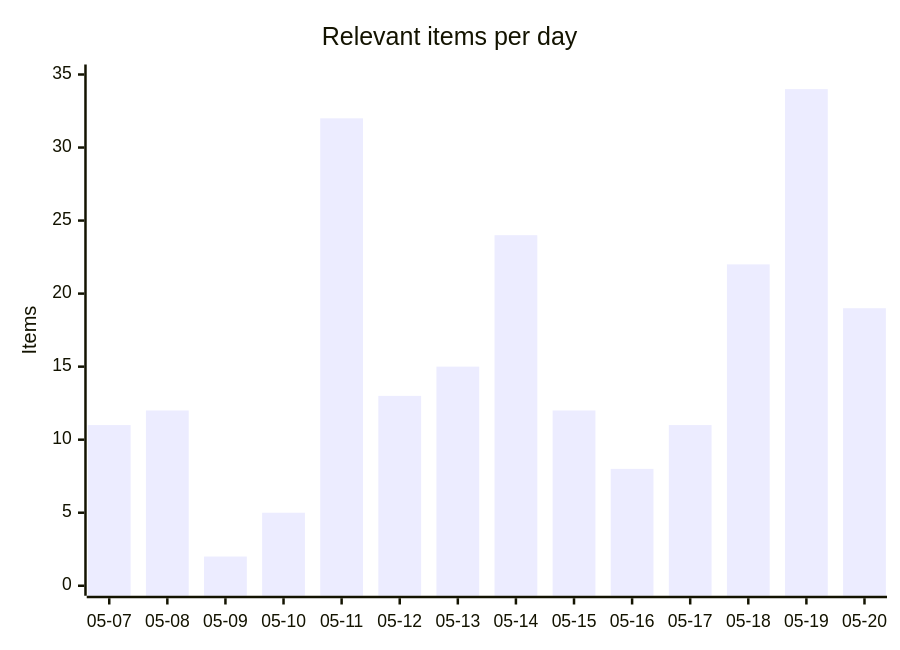
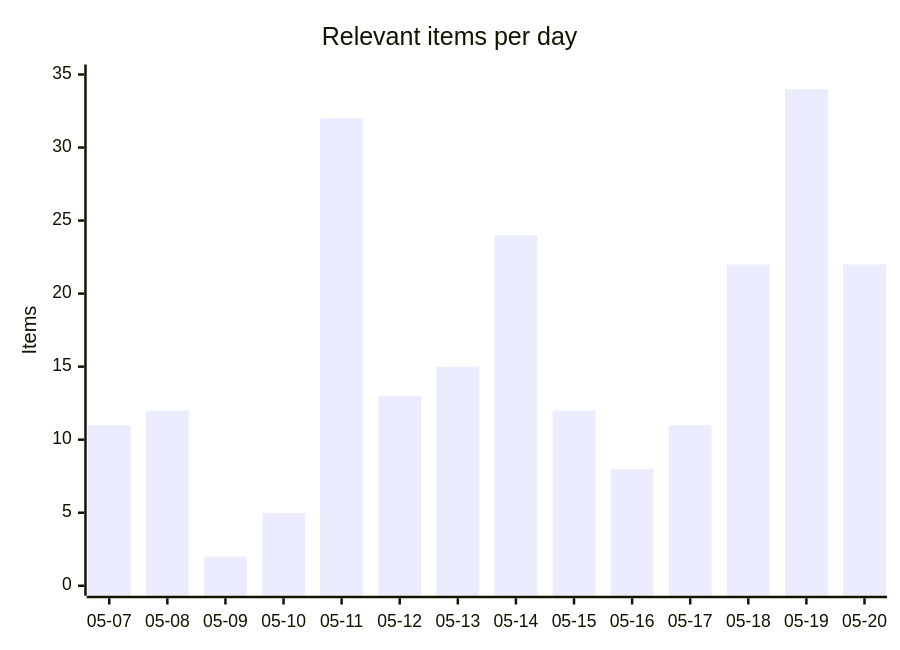
Before and after one commit to martinbalfanz/social-scanner-reports: the first of 4 diagrams in README.md, drawn with Mermaid. The commit also changed other lines of this file and 4 other files, not shown here.

````diff
--- a/README.md
+++ b/README.md
@@ -30,7 +30,7 @@
 ```mermaid
 xychart-beta
     title "Relevant items per day"
     x-axis ["05-07", "05-08", "05-09", "05-10", "05-11", "05-12", "05-13", "05-14", "05-15", "05-16", "05-17", "05-18", "05-19", "05-20"]
     y-axis "Items" 0 --> 35
-    bar [11, 12, 2, 5, 32, 13, 15, 24, 12, 8, 11, 22, 34, 19]
+    bar [11, 12, 2, 5, 32, 13, 15, 24, 12, 8, 11, 22, 34, 22]
 ```
````
